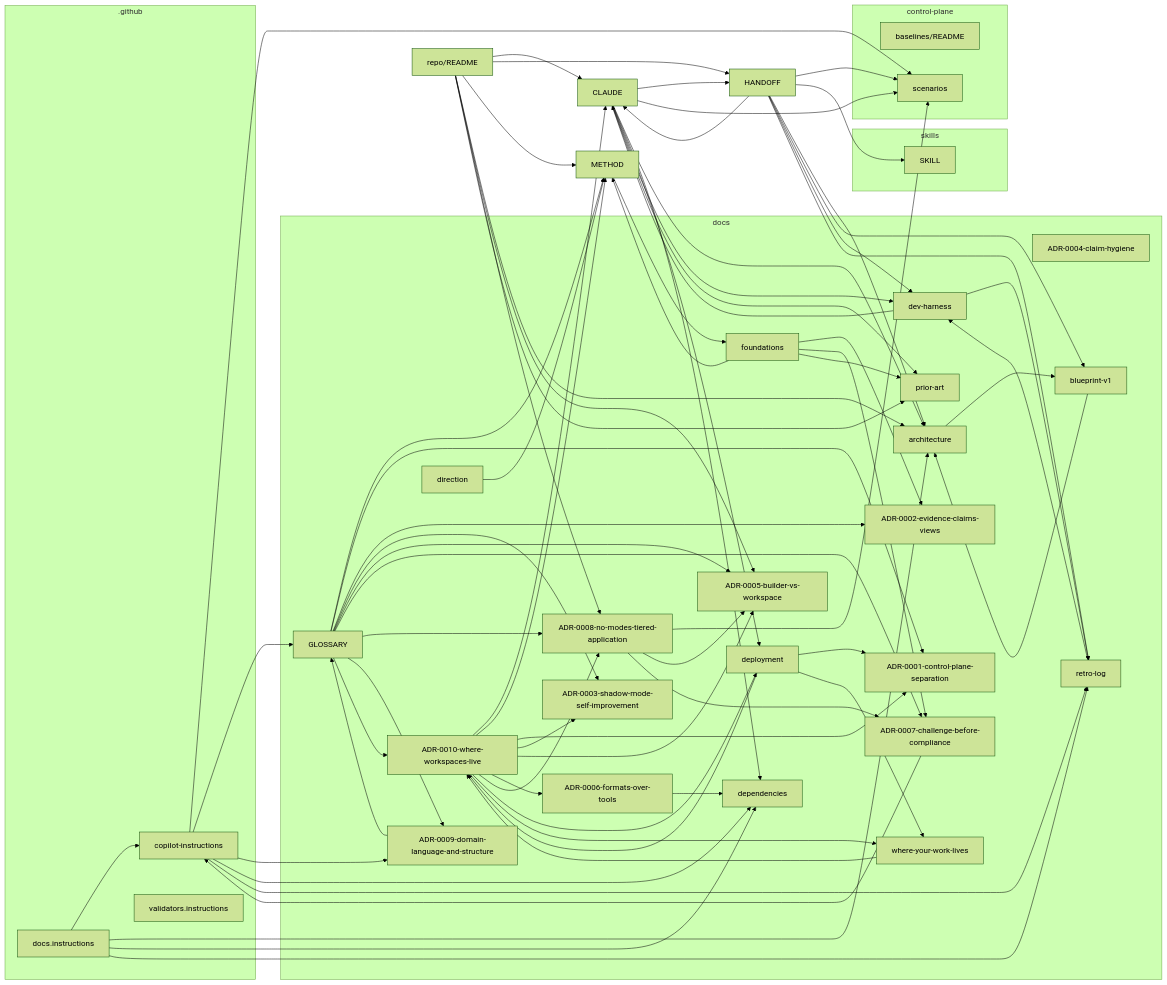
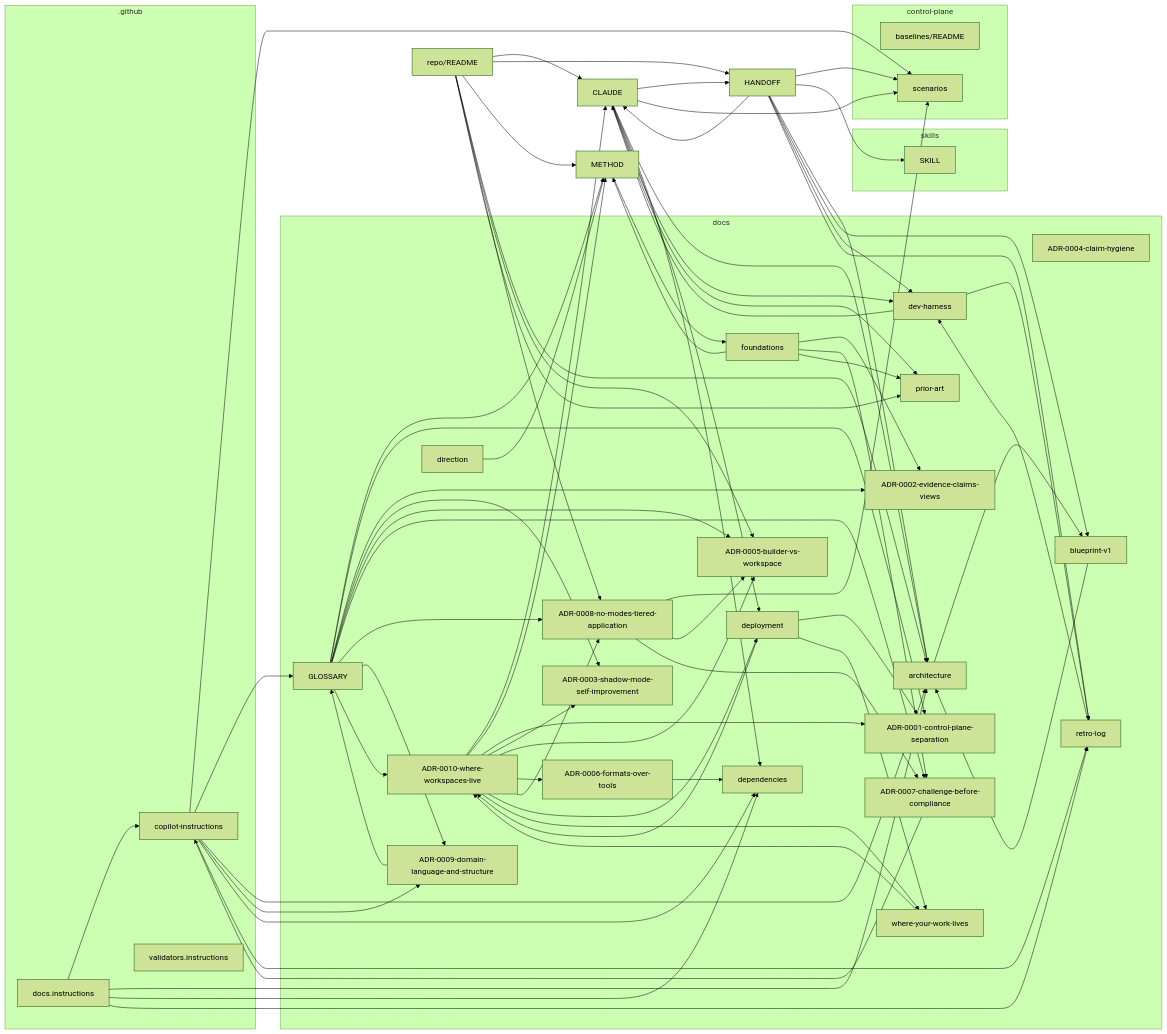
One commit to boulaajaj/ai-mise changed the diagram in docs/mindmap.md. Above: the diagram before and after it, drawn with Mermaid (forest theme). The commit also changed other lines of this file and 1 other file, not shown here.

Commit message:
The reviewer instructions point at the legend too, rather than naming the tokens

```diff
--- a/docs/mindmap.md
+++ b/docs/mindmap.md
@@ -47,6 +47,7 @@
   end
   _github_copilot_instructions_md --> control_plane_threat_tests_scenarios_md
   _github_copilot_instructions_md --> docs_GLOSSARY_md
+  _github_copilot_instructions_md --> docs_architecture_md
   _github_copilot_instructions_md --> docs_decisions_ADR_0009_domain_language_and_structure_md
   _github_copilot_instructions_md --> docs_dependencies_md
   _github_copilot_instructions_md --> docs_meta_retro_log_md
```
